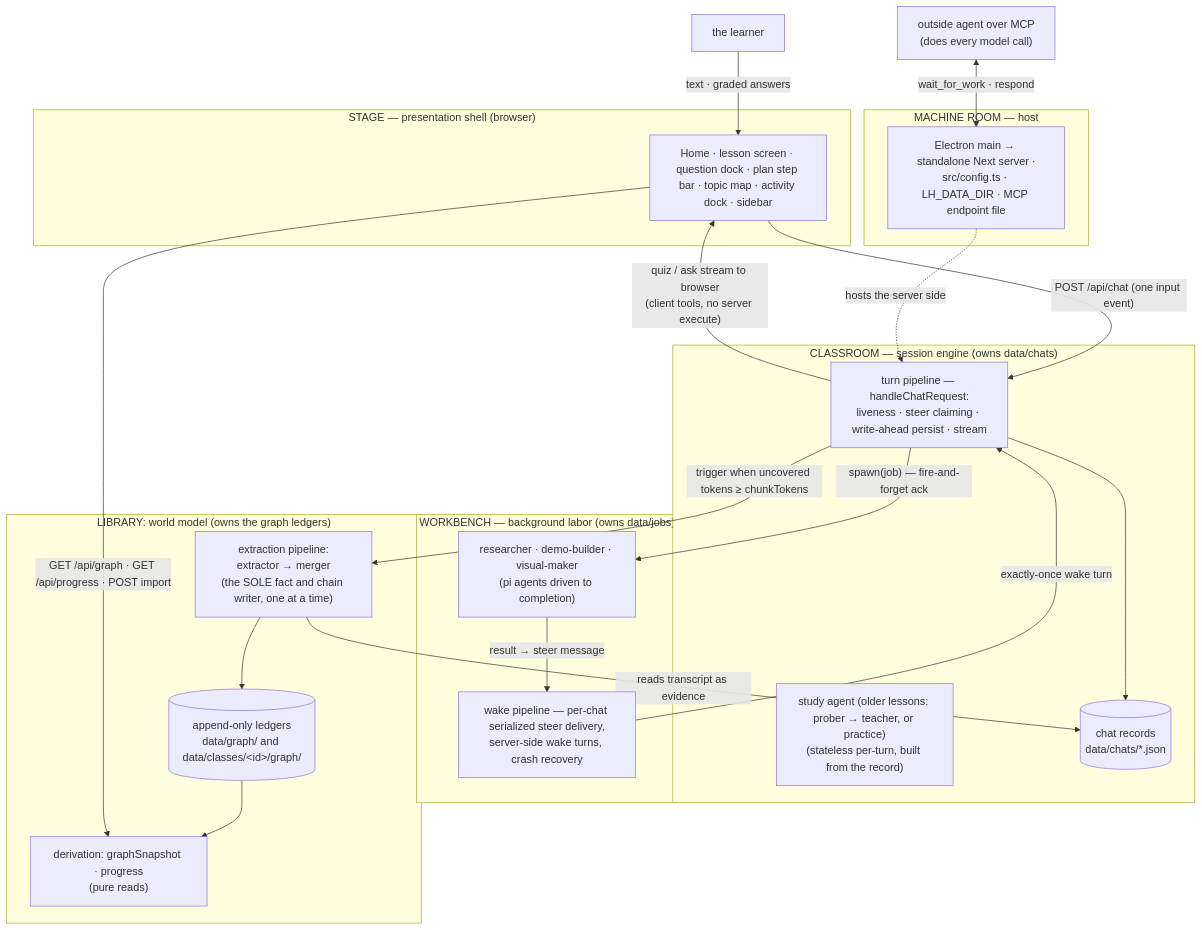
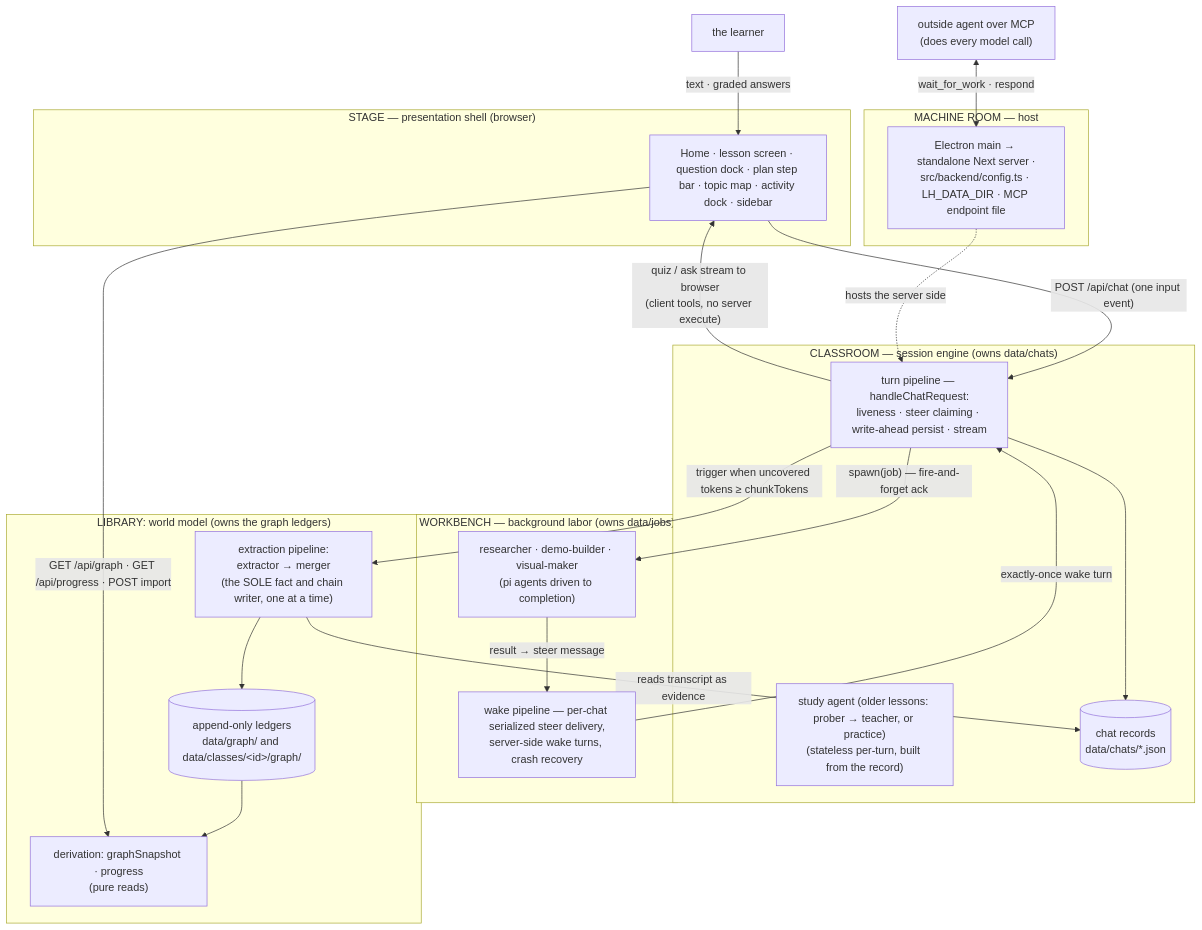
The diagram in docs/development.md (bayshores/godspeed), drawn with Mermaid before and after one commit. The commit also changed other lines of this file and 1345 other files, not shown here.

Commit message:
tidy: split src into frontend/, backend/ and shared/ (src/app and proxy.ts stay where Next.js needs them), split tests the same way plus tests/desktop, and update every import, config and doc path; drop docs/archive, docs/vision.md and the unused banner SVGs

````diff
--- a/docs/development.md
+++ b/docs/development.md
@@ -57,46 +55,46 @@
 ```mermaid
 flowchart TB
     LEARNER["the learner"]
 
     subgraph STAGE["STAGE — presentation shell (browser)"]
         UI["Home · lesson screen · question dock · plan step bar · topic map · activity dock · sidebar"]
     end
 
     subgraph CLASSROOM["CLASSROOM — session engine (owns data/chats)"]
         TURN["turn pipeline — handleChatRequest:<br/>liveness · steer claiming · write-ahead persist · stream"]
         AGENTS["study agent (older lessons: prober → teacher, or practice)<br/>(stateless per-turn, built from the record)"]
         CHATDATA[("chat records<br/>data/chats/*.json")]
     end
 
     subgraph WORKBENCH["WORKBENCH — background labor (owns data/jobs)"]
         SUBS["researcher · demo-builder · visual-maker<br/>(pi agents driven to completion)"]
         WAKE["wake pipeline — per-chat serialized steer delivery,<br/>server-side wake turns, crash recovery"]
     end
 
     subgraph LIBRARY["LIBRARY: world model (owns the graph ledgers)"]
         EXTRACT["extraction pipeline:<br/>extractor → merger<br/>(the SOLE fact and chain writer, one at a time)"]
         DERIVE["derivation: graphSnapshot · progress<br/>(pure reads)"]
         LEDG[("append-only ledgers<br/>data/graph/ and data/classes/&lt;id&gt;/graph/")]
     end
 
     AGENT["outside agent over MCP<br/>(does every model call)"]
 
     subgraph ROOM["MACHINE ROOM — host"]
-        HOST["Electron main → standalone Next server ·<br/>src/config.ts · LH_DATA_DIR · MCP endpoint file"]
+        HOST["Electron main → standalone Next server ·<br/>src/backend/config.ts · LH_DATA_DIR · MCP endpoint file"]
     end
 
     LEARNER -->|"text · graded answers"| UI
     UI -->|"POST /api/chat (one input event)"| TURN
     TURN -->|"quiz / ask stream to browser<br/>(client tools, no server execute)"| UI
     TURN --> CHATDATA
     TURN -->|"spawn(job) — fire-and-forget ack"| SUBS
     SUBS -->|"result → steer message"| WAKE
     WAKE -->|"exactly-once wake turn"| TURN
     TURN -->|"trigger when uncovered tokens ≥ chunkTokens"| EXTRACT
     EXTRACT -->|"reads transcript as evidence"| CHATDATA
     EXTRACT --> LEDG
     LEDG --> DERIVE
     UI -->|"GET /api/graph · GET /api/progress · POST import"| DERIVE
     AGENT <-->|"wait_for_work · respond"| HOST
     HOST -.->|"hosts the server side"| TURN
 ```
````
